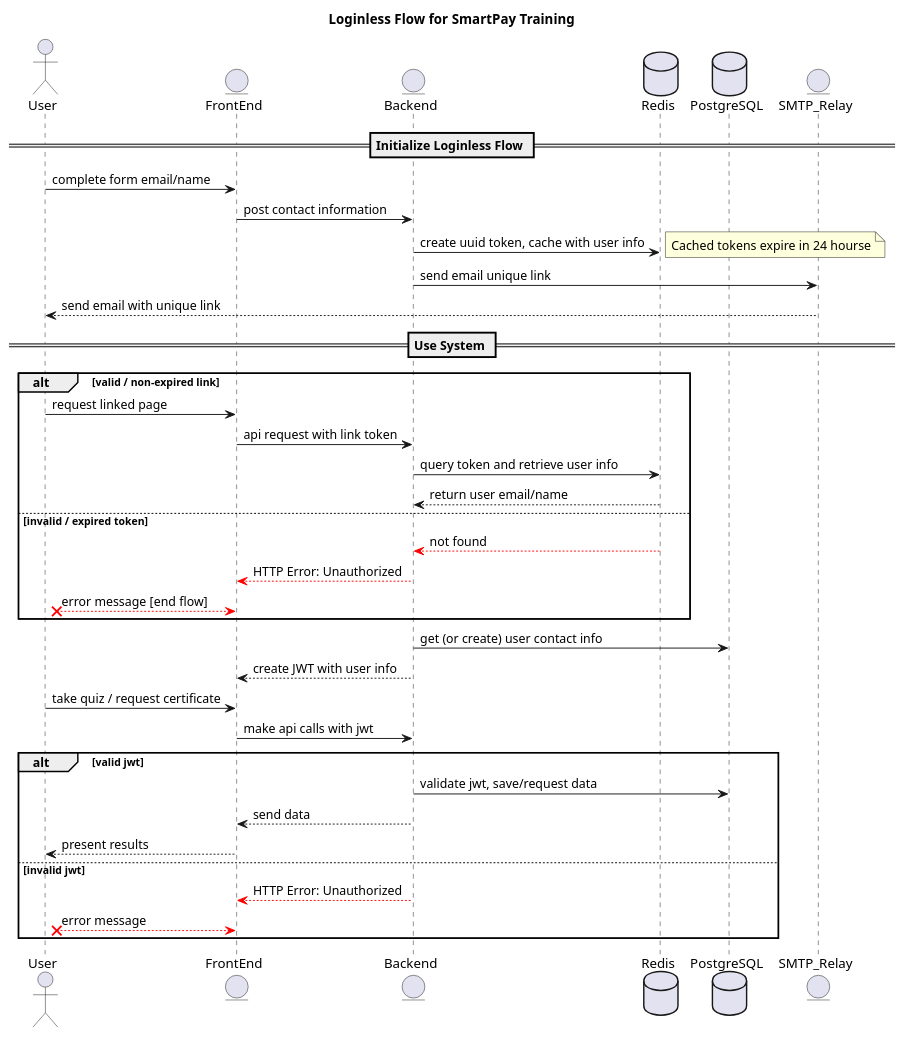
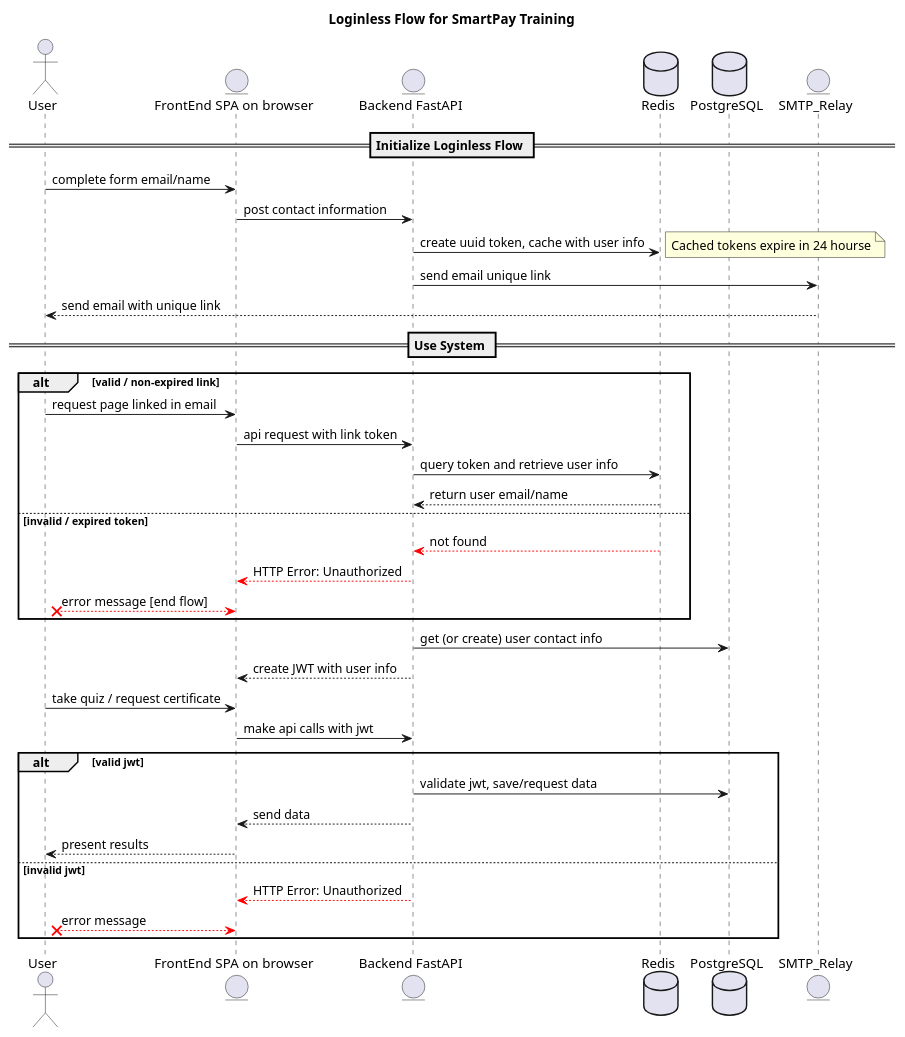
The diagram in docs/diagrams/logineless_sequence.puml (GSA/smartpay-training), drawn with PlantUML before and after one commit.

Commit message:
make sequence diagram for loginless flow

```diff
--- a/docs/diagrams/logineless_sequence.puml
+++ b/docs/diagrams/logineless_sequence.puml
@@ -1,44 +1,44 @@
 @startuml loginless_sequence
 title Loginless Flow for SmartPay Training
 actor User as user
-entity FrontEnd as frontend
-entity Backend as backend
+entity "FrontEnd SPA on browser" as frontend
+entity "Backend FastAPI" as backend
 database Redis as redis
 database PostgreSQL as database
 == Initialize Loginless Flow ==
 
 entity SMTP_Relay as smtp
 user -> frontend: complete form email/name
 frontend -> backend: post contact information
 backend -> redis: create uuid token, cache with user info
 note right
   Cached tokens expire in 24 hourse
 end note
 
 backend -> smtp: send email unique link
 user <-- smtp: send email with unique link
 == Use System ==
 alt valid / non-expired link
-  user -> frontend: request linked page
+  user -> frontend: request page linked in email
   frontend -> backend: api request with link token
   backend -> redis: query token and retrieve user info
   backend <-- redis: return user email/name
 
 else invalid / expired token
   backend <--[#red] redis: not found
   frontend <--[#red] backend: HTTP Error: Unauthorized
   user x--[#red] frontend: error message [end flow]
 end
 backend -> database: get (or create) user contact info
 frontend <-- backend: create JWT with user info
 user -> frontend: take quiz / request certificate
 frontend -> backend: make api calls with jwt 
 alt valid jwt
   backend -> database: validate jwt, save/request data
   frontend <-- backend: send data
   user <-- frontend: present results
 else invalid jwt
   frontend <--[#red] backend: HTTP Error: Unauthorized
   user x--[#red] frontend: error message
 end
 @enduml
```
